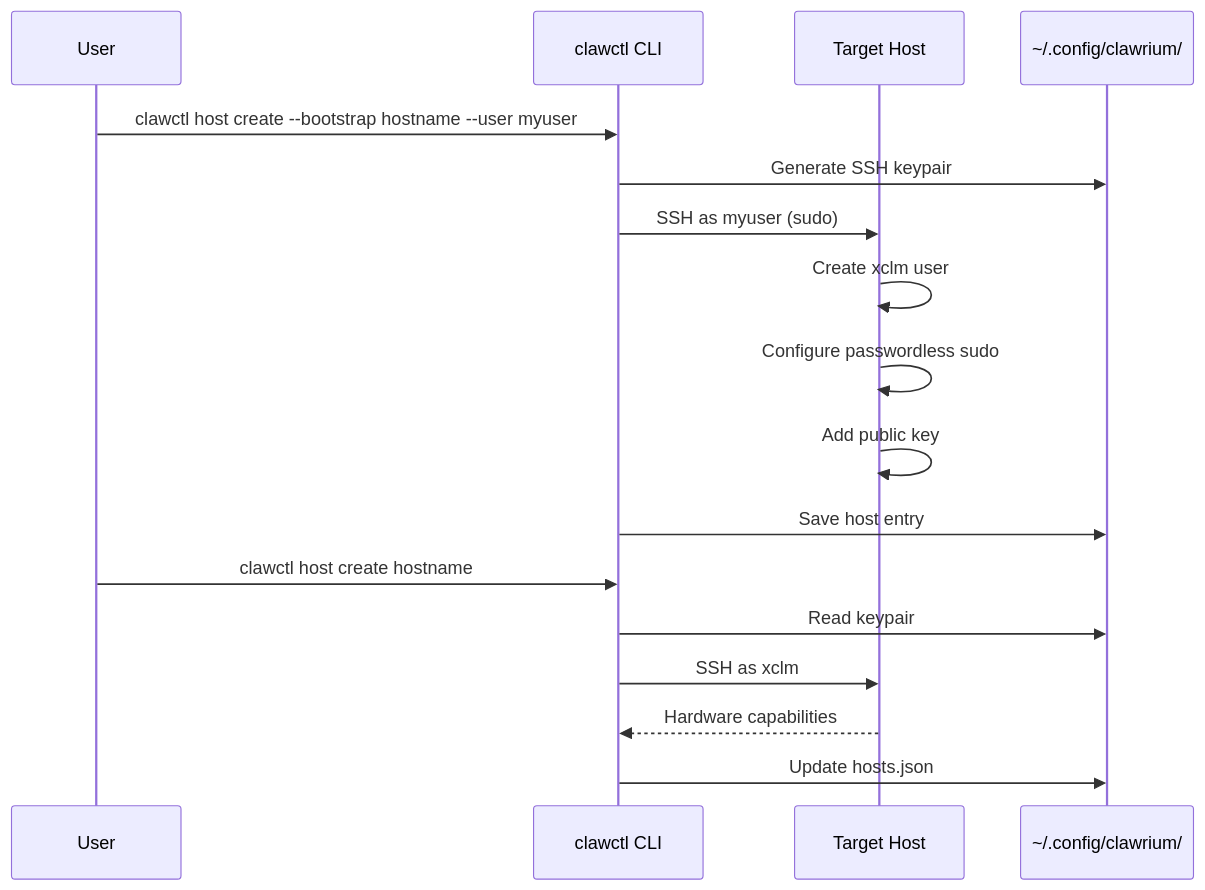
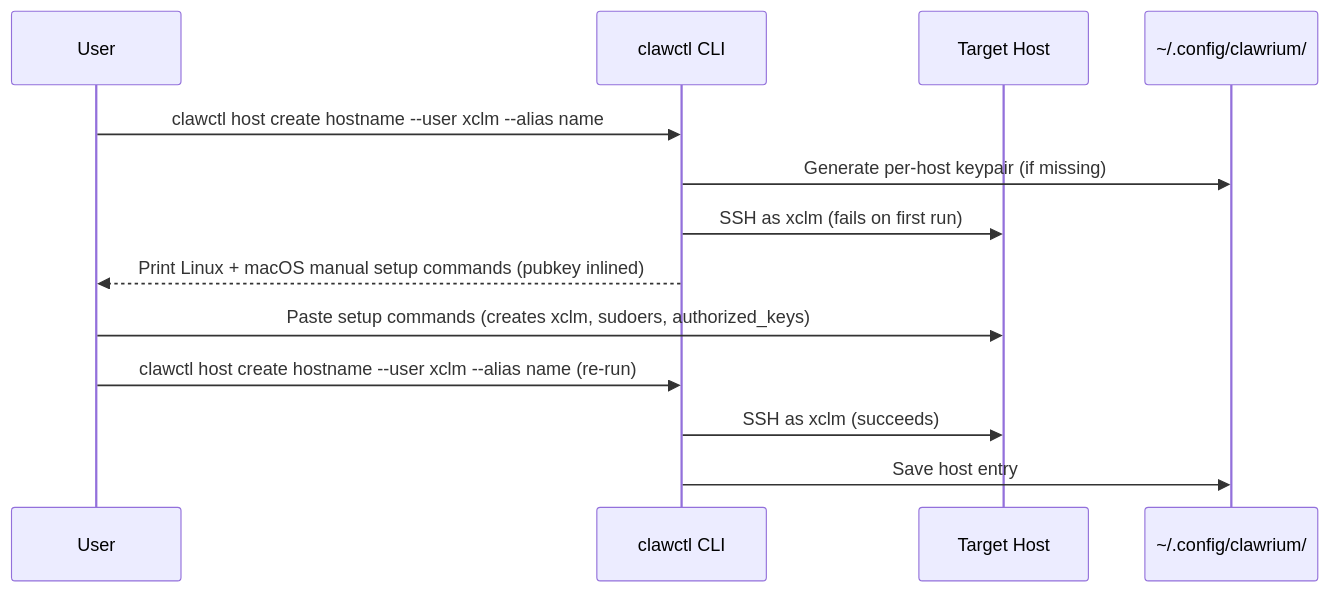
Before and after one commit to MiteshSharma/clawrium: the second of 8 diagrams in website/docs/architecture.md, drawn with Mermaid. The commit also changed other lines of this file and 22 other files, not shown here.

````diff
--- a/website/docs/architecture.md
+++ b/website/docs/architecture.md
@@ -68,21 +68,16 @@
 ```mermaid
 sequenceDiagram
     participant User
     participant CLM as clawctl CLI
     participant Host as Target Host
     participant Config as ~/.config/clawrium/
 
-    User->>CLM: clawctl host create --bootstrap hostname --user myuser
-    CLM->>Config: Generate SSH keypair
-    CLM->>Host: SSH as myuser (sudo)
-    Host->>Host: Create xclm user
-    Host->>Host: Configure passwordless sudo
-    Host->>Host: Add public key
+    User->>CLM: clawctl host create hostname --user xclm --alias name
+    CLM->>Config: Generate per-host keypair (if missing)
+    CLM->>Host: SSH as xclm (fails on first run)
+    CLM-->>User: Print Linux + macOS manual setup commands (pubkey inlined)
+    User->>Host: Paste setup commands (creates xclm, sudoers, authorized_keys)
+    User->>CLM: clawctl host create hostname --user xclm --alias name (re-run)
+    CLM->>Host: SSH as xclm (succeeds)
     CLM->>Config: Save host entry
-
-    User->>CLM: clawctl host create hostname
-    CLM->>Config: Read keypair
-    CLM->>Host: SSH as xclm
-    Host-->>CLM: Hardware capabilities
-    CLM->>Config: Update hosts.json
 ```
````
